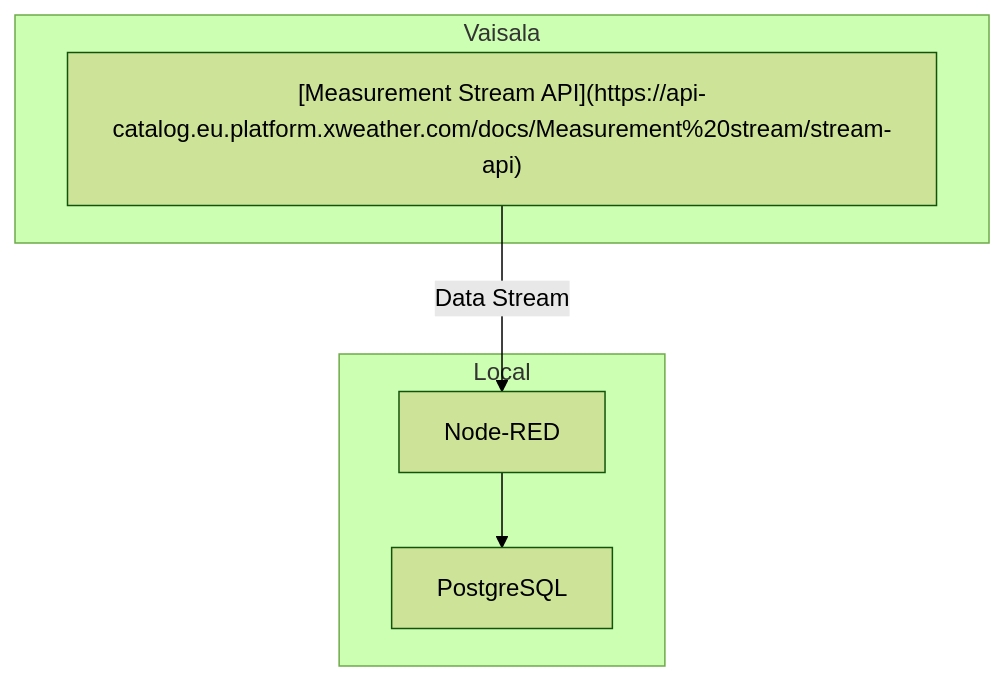
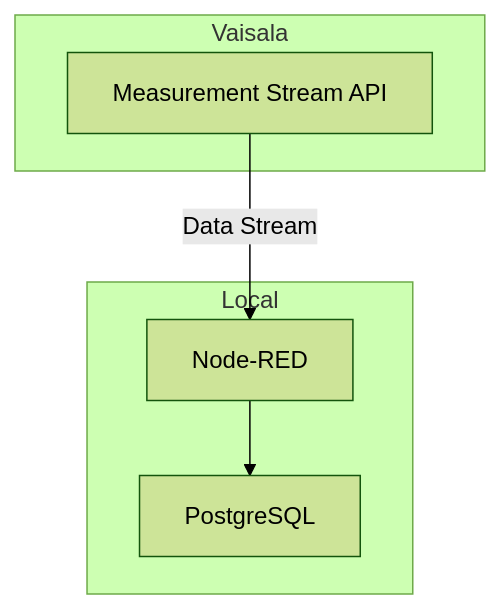
One commit to jonss0777/DIY_Sensor changed the diagram in README.md. Above: the diagram before and after it, drawn with Mermaid (forest theme). The commit also changed other lines of this file, not shown here.

````diff
--- a/README.md
+++ b/README.md
@@ -5,14 +7,14 @@
 ```mermaid
   flowchart TD
     subgraph Vaisala
-        A1["[Measurement Stream API](https://api-catalog.eu.platform.xweather.com/docs/Measurement%20stream/stream-api)"]
+        A1[Measurement Stream API]
     end
 
     subgraph Local
         B1[Node-RED] --> B2[PostgreSQL]
     end
 
     A1 -->|Data Stream| B1
 
 
 ```
````
